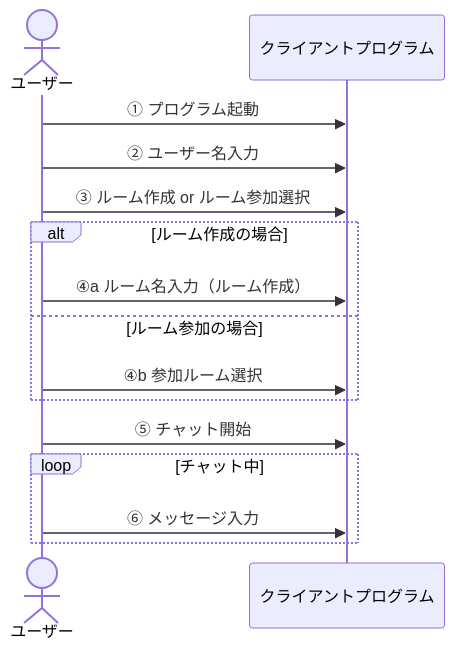
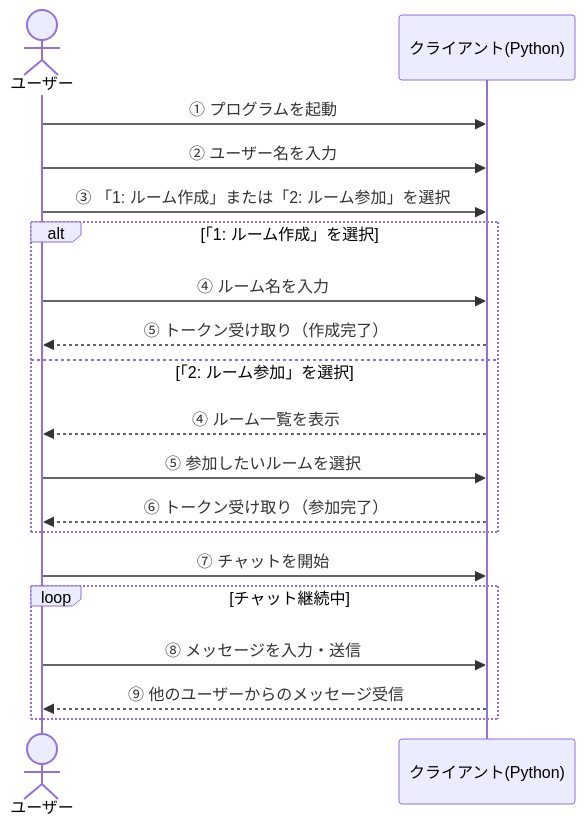
The second of 2 diagrams in README.md (BackendExplorer/Tenshin), drawn with Mermaid before and after one commit.

````diff
--- a/README.md
+++ b/README.md
@@ -46,18 +46,28 @@
 ```mermaid
 sequenceDiagram
     actor ユーザー
-    participant クライアント as クライアントプログラム
+    participant クライアント as クライアント(Python)
 
-    ユーザー->>クライアント: ① プログラム起動
-    ユーザー->>クライアント: ② ユーザー名入力
-    ユーザー->>クライアント: ③ ルーム作成 or ルーム参加選択
-    alt ルーム作成の場合
-        ユーザー->>クライアント: ④a ルーム名入力（ルーム作成）
-    else ルーム参加の場合
-        ユーザー->>クライアント: ④b 参加ルーム選択
+    %% プログラム起動と初期入力
+    ユーザー->>クライアント: ① プログラムを起動
+    ユーザー->>クライアント: ② ユーザー名を入力
+    ユーザー->>クライアント: ③ 「1: ルーム作成」または「2: ルーム参加」を選択
+
+    %% 条件分岐：ルーム作成 or ルーム参加
+    alt 「1: ルーム作成」を選択
+        ユーザー->>クライアント: ④ ルーム名を入力
+        クライアント-->>ユーザー: ⑤ トークン受け取り（作成完了）
+    else 「2: ルーム参加」を選択
+        クライアント-->>ユーザー: ④ ルーム一覧を表示
+        ユーザー->>クライアント: ⑤ 参加したいルームを選択
+        クライアント-->>ユーザー: ⑥ トークン受け取り（参加完了）
     end
-    ユーザー->>クライアント: ⑤ チャット開始
-    loop チャット中
-        ユーザー->>クライアント: ⑥ メッセージ入力
+
+    %% チャット開始
+    ユーザー->>クライアント: ⑦ チャットを開始
+
+    loop チャット継続中
+        ユーザー->>クライアント: ⑧ メッセージを入力・送信
+        クライアント-->>ユーザー: ⑨ 他のユーザーからのメッセージ受信
     end
 ```
````
